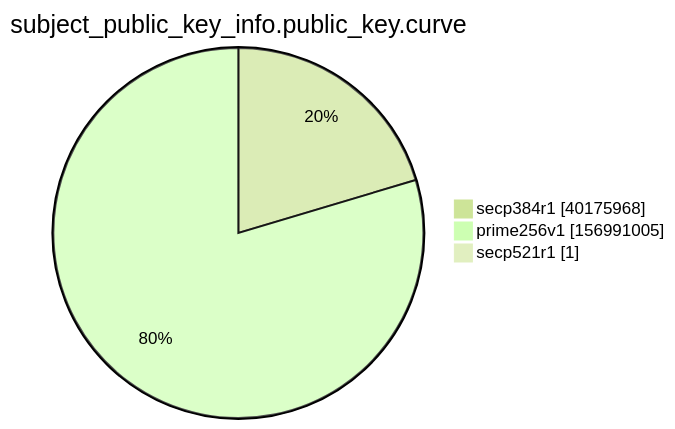
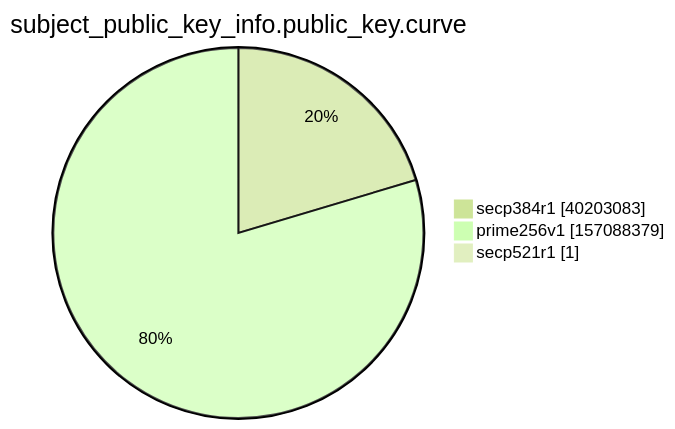
Before and after one commit to christiankrug/ctmonitor_visualization: the ninth of 15 diagrams in xenon2022/README.md, drawn with Mermaid (forest theme). The commit also changed other lines of this file, not shown here.

````diff
--- a/xenon2022/README.md
+++ b/xenon2022/README.md
@@ -2866,7 +2866,7 @@
 ```mermaid
 pie showData
 title subject_public_key_info.public_key.curve
-"secp384r1" :40175968
-"prime256v1" :156991005
+"secp384r1" :40203083
+"prime256v1" :157088379
 "secp521r1" :1
 ```
````
